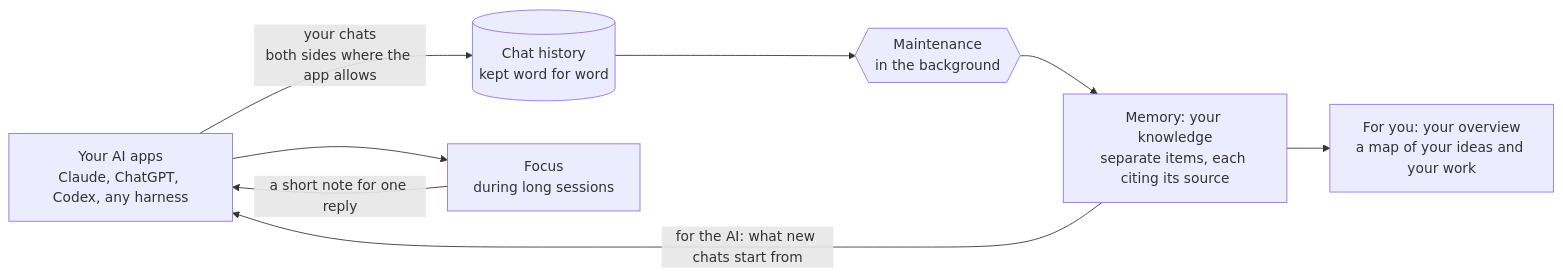
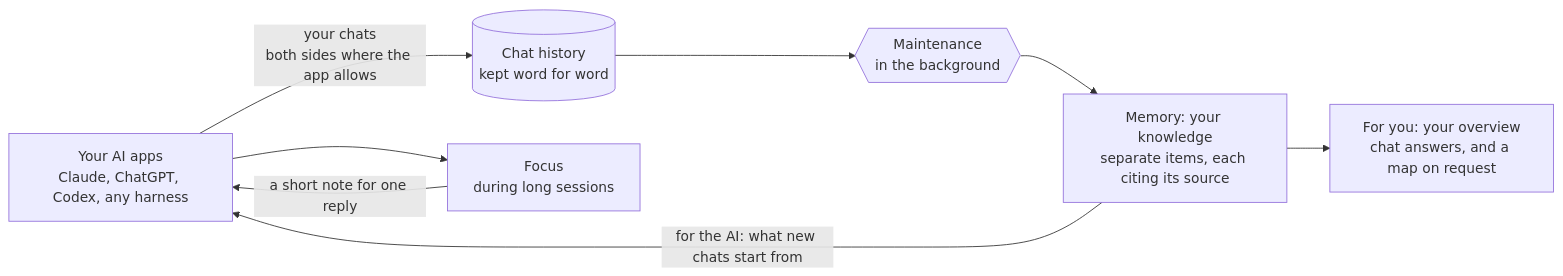
The diagram in docs/design/revision-2026-10-23/DESIGN.md (Freedom-Jack/northstar-agent-memory), drawn with Mermaid before and after one commit. The commit also changed other lines of this file and 4 other files, not shown here.

````diff
--- a/docs/design/revision-2026-10-23/DESIGN.md
+++ b/docs/design/revision-2026-10-23/DESIGN.md
@@ -41,10 +48,10 @@
 ```mermaid
 flowchart LR
   APPS["Your AI apps<br/>Claude, ChatGPT, Codex, any harness"] -- "your chats<br/>both sides where the app allows" --> HIST[("Chat history<br/>kept word for word")]
   HIST --> MAINT{{"Maintenance<br/>in the background"}}
   MAINT --> MEM["Memory: your knowledge<br/>separate items, each citing its source"]
   MEM -- "for the AI: what new chats start from" --> APPS
-  MEM --> OV["For you: your overview<br/>a map of your ideas and your work"]
+  MEM --> OV["For you: your overview<br/>chat answers, and a map on request"]
   APPS --> FOC["Focus<br/>during long sessions"]
   FOC -- "a short note for one reply" --> APPS
 ```
````
